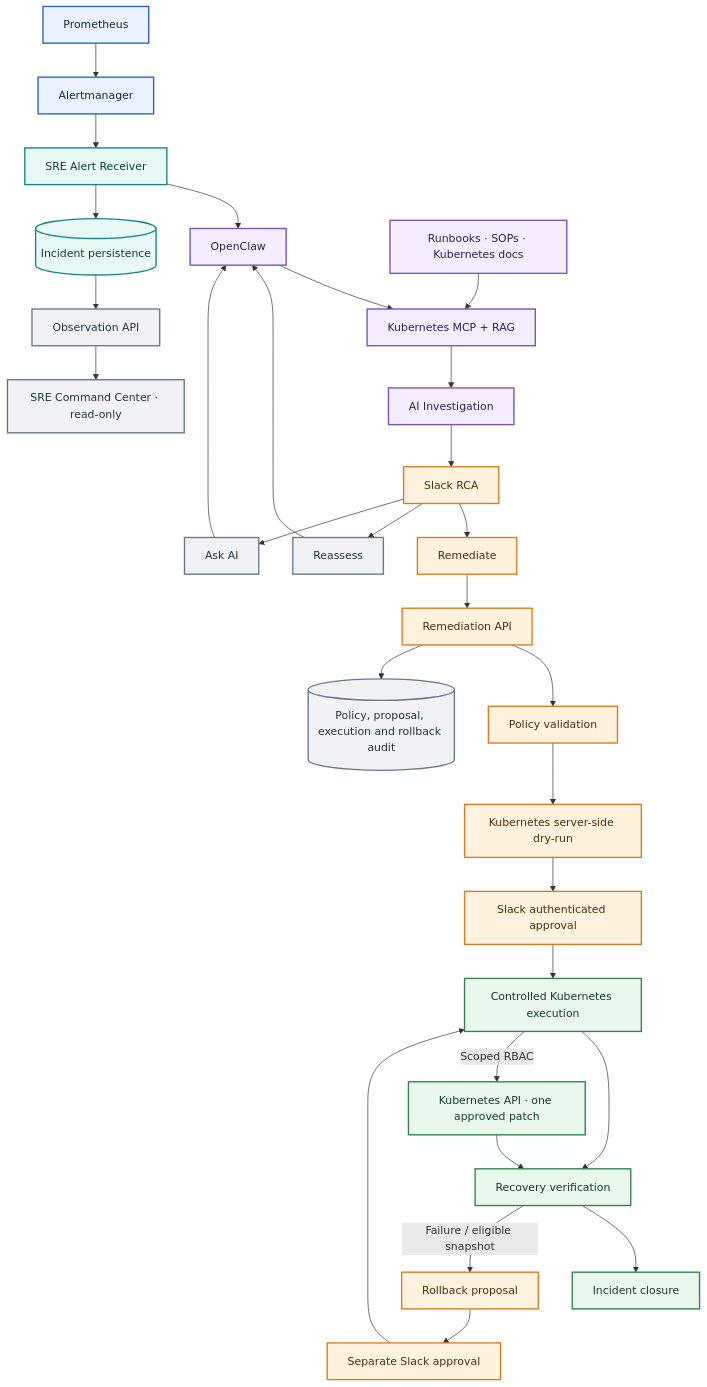
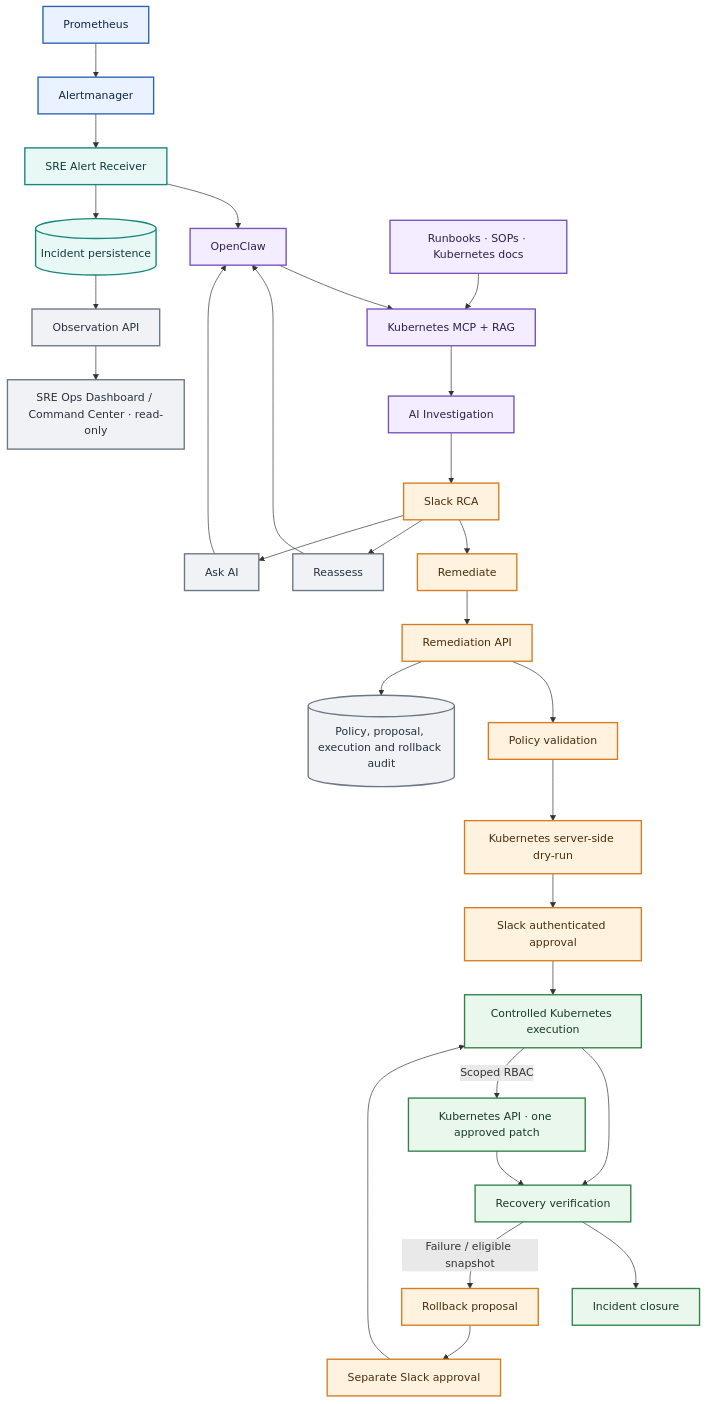
Before and after one commit to karthikrags/ai-driven-sre-agent-showcase: the diagram in docs/architecture/technical-component-flow.mmd, drawn with Mermaid. The commit also changed 15 other files, not shown here.

Commit message:
Update public architecture showcase guidance

```diff
--- a/docs/architecture/technical-component-flow.mmd
+++ b/docs/architecture/technical-component-flow.mmd
@@ -1,23 +1,23 @@
 flowchart TB
   P["Prometheus"] --> A["Alertmanager"] --> R["SRE Alert Receiver"] --> O["OpenClaw"] --> M["Kubernetes MCP + RAG"] --> I["AI Investigation"] --> RCA["Slack RCA"] --> ACT["Remediate"] --> API["Remediation API"] --> POLICY["Policy validation"] --> DRY["Kubernetes server-side dry-run"] --> APPROVAL["Slack authenticated approval"] --> EXEC["Controlled Kubernetes execution"] --> VERIFY["Recovery verification"] --> CLOSE["Incident closure"]
   R --> INC[("Incident persistence")]
   API --> AUD[("Policy, proposal, execution and rollback audit")]
-  INC --> OBS["Observation API"] --> CC["SRE Command Center · read-only"]
+  INC --> OBS["Observation API"] --> CC["SRE Ops Dashboard / Command Center · read-only"]
   EXEC -->|Scoped RBAC| KAPI["Kubernetes API · one approved patch"]
   KAPI --> VERIFY
   RCA --> REASSESS["Reassess"] --> O
   RCA --> ASK["Ask AI"] --> O
   VERIFY -->|Failure / eligible snapshot| RB["Rollback proposal"] --> RBA["Separate Slack approval"] --> EXEC
   KNOW["Runbooks · SOPs · Kubernetes docs"] --> M
   classDef blue fill:#eaf2ff,stroke:#2b63b5,color:#102744,stroke-width:2px
   classDef teal fill:#e7f8f5,stroke:#17867d,color:#103b38,stroke-width:2px
   classDef purple fill:#f3edff,stroke:#7653bd,color:#30204c,stroke-width:2px
   classDef orange fill:#fff2df,stroke:#d77c20,color:#4b2d0d,stroke-width:2px
   classDef green fill:#e9f7ed,stroke:#31834b,color:#173c22,stroke-width:2px
   classDef gray fill:#f0f2f5,stroke:#6c7785,color:#26323e,stroke-width:2px
   class P,A blue
   class R,INC teal
   class O,M,I,KNOW purple
   class RCA,ACT,API,POLICY,DRY,APPROVAL,RB,RBA orange
   class EXEC,KAPI,VERIFY,CLOSE green
   class AUD,OBS,CC,REASSESS,ASK gray
```
